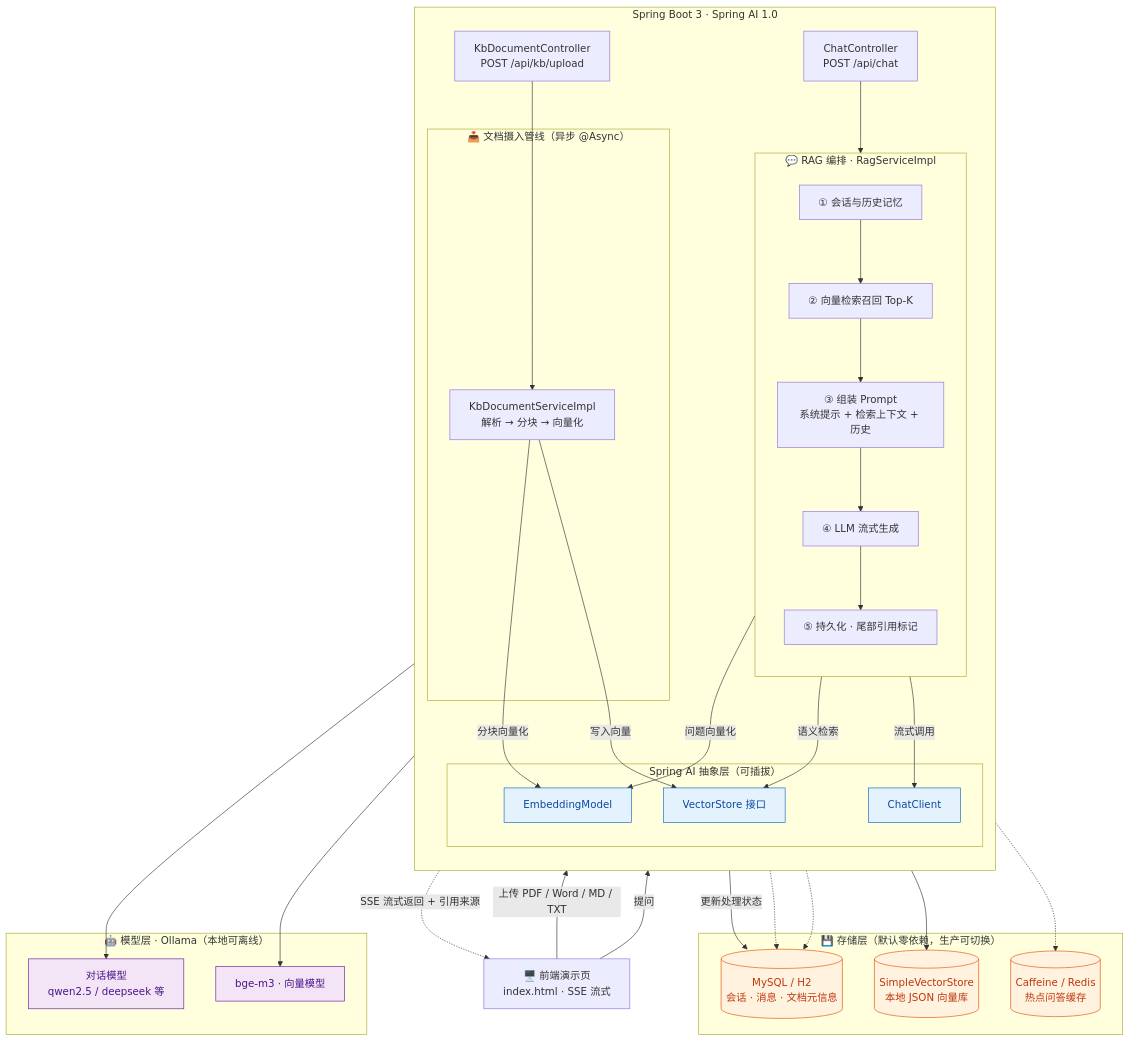
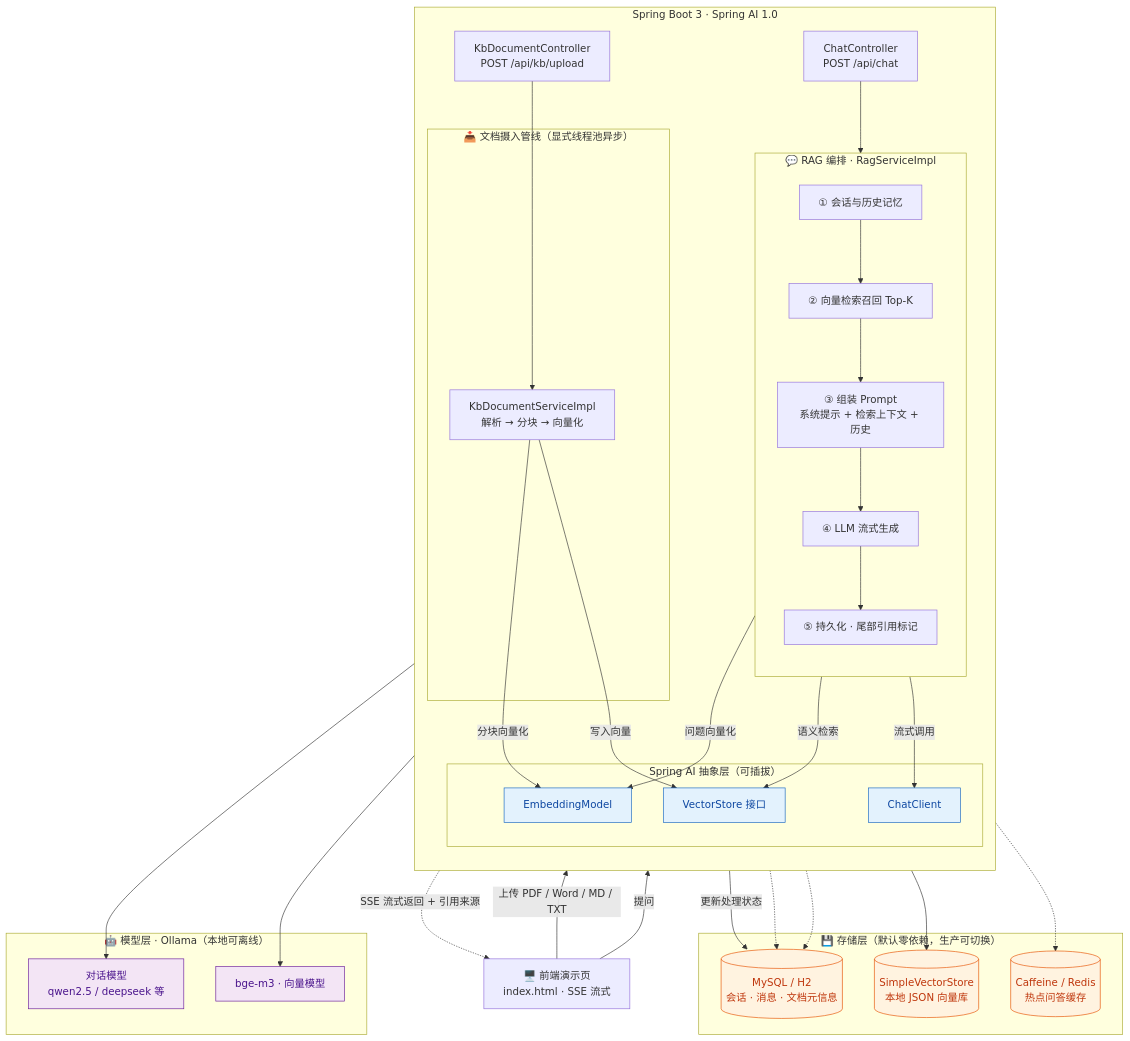
The diagram in README.md (x020608333-oss/ai-knowledge-base), drawn with Mermaid before and after one commit. The commit also changed other lines of this file and 12 other files, not shown here.

````diff
--- a/README.md
+++ b/README.md
@@ -40,68 +42,68 @@
 ```mermaid
 flowchart TB
     Client["🖥️ 前端演示页<br/>index.html · SSE 流式"]
 
     subgraph APP["Spring Boot 3 · Spring AI 1.0"]
         direction TB
         CC["ChatController<br/>POST /api/chat"]
         KC["KbDocumentController<br/>POST /api/kb/upload"]
 
-        subgraph INGEST["📥 文档摄入管线（异步 @Async）"]
+        subgraph INGEST["📥 文档摄入管线（显式线程池异步）"]
             KDS["KbDocumentServiceImpl<br/>解析 → 分块 → 向量化"]
         end
 
         subgraph RAG["💬 RAG 编排 · RagServiceImpl"]
             direction TB
             R1["① 会话与历史记忆"]
             R2["② 向量检索召回 Top-K"]
             R3["③ 组装 Prompt<br/>系统提示 + 检索上下文 + 历史"]
             R4["④ LLM 流式生成"]
             R5["⑤ 持久化 · 尾部引用标记"]
             R1 --> R2 --> R3 --> R4 --> R5
         end
 
         subgraph SAI["Spring AI 抽象层（可插拔）"]
             CHAT["ChatClient"]
             EMB["EmbeddingModel"]
             VS["VectorStore 接口"]
         end
     end
 
     subgraph STORE["💾 存储层（默认零依赖，生产可切换）"]
         DB[("MySQL / H2<br/>会话 · 消息 · 文档元信息")]
         VEC[("SimpleVectorStore<br/>本地 JSON 向量库")]
         CACHE[("Caffeine / Redis<br/>热点问答缓存")]
     end
 
     subgraph MODEL["🤖 模型层 · Ollama（本地可离线）"]
         LLM["对话模型<br/>qwen2.5 / deepseek 等"]
         EMBM["bge-m3 · 向量模型"]
     end
 
     Client -->|上传 PDF / Word / MD / TXT| KC
     KC --> KDS
     KDS -->|分块向量化| EMB
     KDS -->|写入向量| VS
     KDS -->|更新处理状态| DB
 
     Client -->|提问| CC
     CC --> RAG
     R2 -->|问题向量化| EMB
     R2 -->|语义检索| VS
     R4 -->|流式调用| CHAT
     R1 -.-> DB
     R5 -.-> DB
     R5 -.-> CACHE
     CC -.->|SSE 流式返回 + 引用来源| Client
 
     EMB --> EMBM
     CHAT --> LLM
     VS --> VEC
 
     classDef ai fill:#E3F2FD,stroke:#1565C0,color:#0D47A1
     classDef store fill:#FFF3E0,stroke:#E65100,color:#BF360C
     classDef model fill:#F3E5F5,stroke:#6A1B9A,color:#4A148C
     class CHAT,EMB,VS ai
     class DB,VEC,CACHE store
     class LLM,EMBM model
 ```
````
